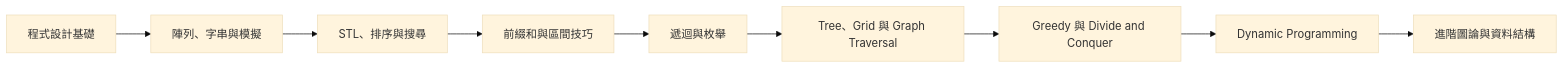
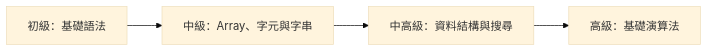
One commit to Danny-OWO/teaching_material changed the diagram in materials/APCS/learning route - C++.md. Above: the diagram before and after it, drawn with Mermaid (base theme). The commit also changed other lines of this file and 1 other file, not shown here.

````diff
--- a/materials/APCS/learning route - C++.md
+++ b/materials/APCS/learning route - C++.md
@@ -5,11 +5,6 @@
 ```mermaid
 flowchart LR
-    A[程式設計基礎] --> B[陣列、字串與模擬]
-    B --> C[STL、排序與搜尋]
-    C --> D[前綴和與區間技巧]
-    D --> E[遞迴與枚舉]
-    E --> F[Tree、Grid 與 Graph Traversal]
-    F --> G[Greedy 與 Divide and Conquer]
-    G --> H[Dynamic Programming]
-    H --> I[進階圖論與資料結構]
+    A[初級：基礎語法] --> B[中級：Array、字元與字串]
+    B --> C[中高級：資料結構與搜尋]
+    C --> D[高級：基礎演算法]
 ```
````
